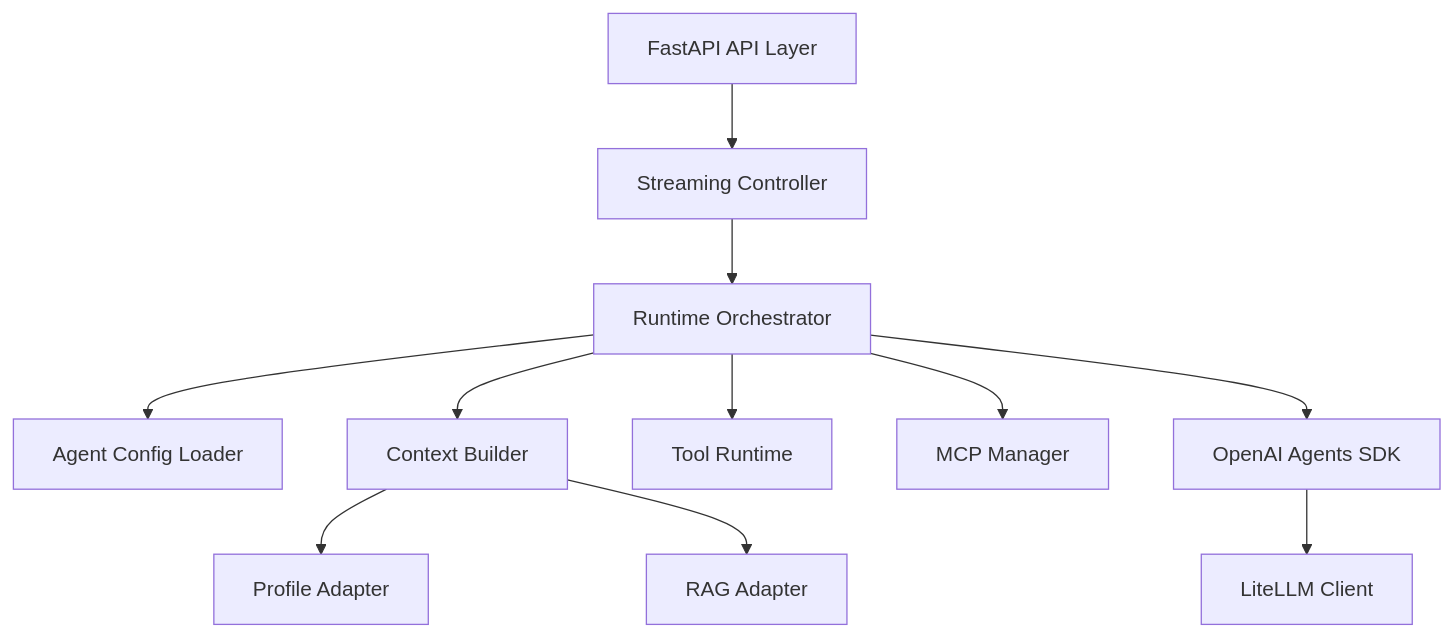
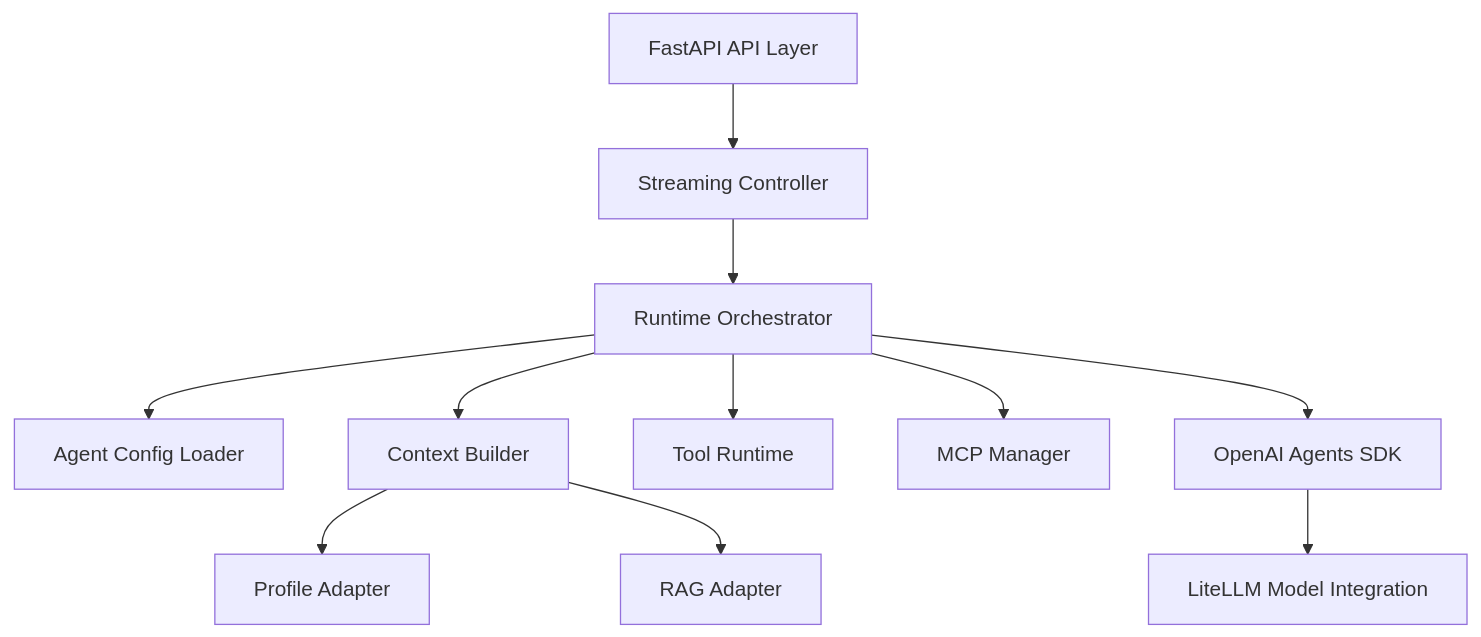
Before and after one commit to Inspiration-Frontline/agent-runner: the first of 4 diagrams in docs/v1/Architecture V1.md, drawn with Mermaid. The commit also changed other lines of this file and 45 other files, not shown here.

````diff
--- a/docs/v1/Architecture V1.md
+++ b/docs/v1/Architecture V1.md
@@ -79,45 +79,45 @@
 ```mermaid
 flowchart TD
 
     API[FastAPI API Layer]
 
     STREAM[Streaming Controller]
 
     ORCH[Runtime Orchestrator]
 
     CONFIG[Agent Config Loader]
 
     CTX[Context Builder]
 
     PROFILE[Profile Adapter]
 
     RAG[RAG Adapter]
 
     TOOL[Tool Runtime]
 
     MCP[MCP Manager]
 
     SDK[OpenAI Agents SDK]
 
-    MODEL[LiteLLM Client]
+    MODEL[LiteLLM Model Integration]
 
     API --> STREAM
 
     STREAM --> ORCH
 
     ORCH --> CONFIG
 
     ORCH --> CTX
 
     ORCH --> TOOL
 
     ORCH --> MCP
 
     ORCH --> SDK
 
     SDK --> MODEL
 
     CTX --> PROFILE
 
     CTX --> RAG
 ```
````
